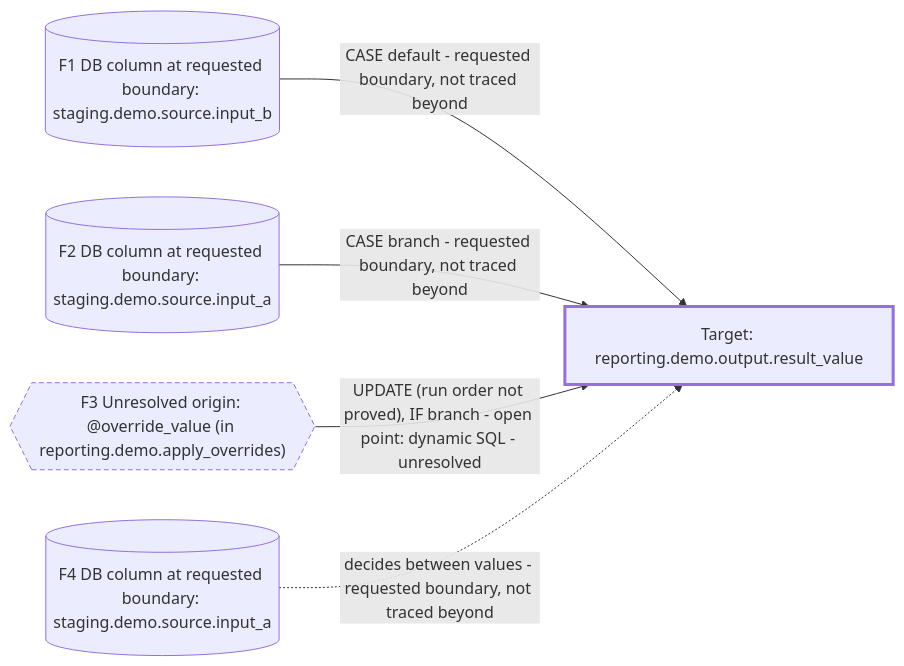
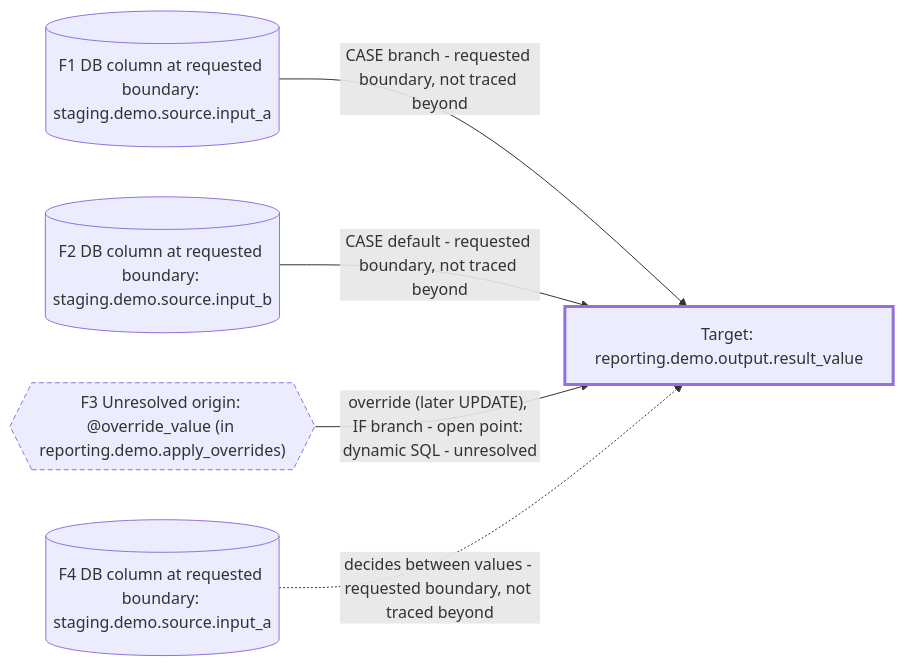
The diagram in docs/examples/sample-overview.md (bdoarowberry/alforks), drawn with Mermaid before and after one commit. The commit also changed other lines of this file and 23 other files, not shown here.

````diff
--- a/docs/examples/sample-overview.md
+++ b/docs/examples/sample-overview.md
@@ -30,12 +29,12 @@
 ```mermaid
 flowchart LR
   T["Target: reporting.demo.output.result_value"]
-  F1[("F1 DB column at requested boundary: staging.demo.source.input_b")] -->|"CASE default - requested boundary, not traced beyond"| T
-  F2[("F2 DB column at requested boundary: staging.demo.source.input_a")] -->|"CASE branch - requested boundary, not traced beyond"| T
-  F3{{"F3 Unresolved origin: @override_value (in reporting.demo.apply_overrides)"}} -->|"UPDATE (run order not proved), IF branch - open point: dynamic SQL - unresolved"| T
+  F1[("F1 DB column at requested boundary: staging.demo.source.input_a")] -->|"CASE branch - requested boundary, not traced beyond"| T
+  F2[("F2 DB column at requested boundary: staging.demo.source.input_b")] -->|"CASE default - requested boundary, not traced beyond"| T
+  F3{{"F3 Unresolved origin: @override_value (in reporting.demo.apply_overrides)"}} -->|"override (later UPDATE), IF branch - open point: dynamic SQL - unresolved"| T
   F4[("F4 DB column at requested boundary: staging.demo.source.input_a")] -.->|"decides between values - requested boundary, not traced beyond"| T
   classDef target stroke-width:3px
   class T target
   classDef unresolved stroke-dasharray:5 3
   class F3 unresolved
 ```
````
